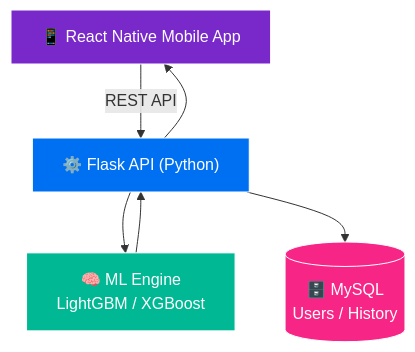
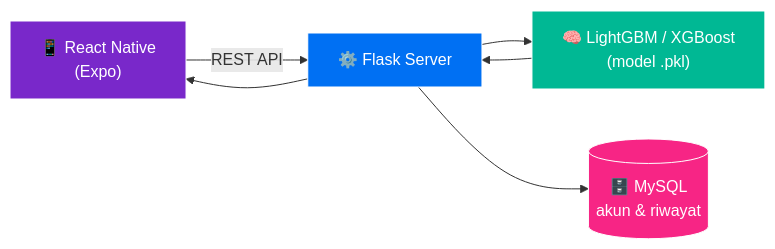
Before and after one commit to Benny29281/Benny29281: the first of 2 diagrams in README.md, drawn with Mermaid. The commit also changed other lines of this file, not shown here.

````diff
--- a/README.md
+++ b/README.md
@@ -197,12 +192,11 @@
 ```mermaid
-flowchart TD
-    A["📱 React Native Mobile App"] -->|REST API| B["⚙️ Flask API (Python)"]
-    B --> C["🧠 ML Engine<br/>LightGBM / XGBoost"]
-    B --> D[("🗄️ MySQL<br/>Users / History")]
-    C --> B
-    B --> A
+flowchart LR
+    A["📱 React Native<br/>(Expo)"] -->|REST API| B["⚙️ Flask Server"]
+    B --> C["🧠 LightGBM / XGBoost<br/>(model .pkl)"]
+    B --> D[("🗄️ MySQL<br/>akun & riwayat")]
+    C --> B --> A
     style A fill:#7928CA,stroke:#fff,color:#fff
     style B fill:#0070F3,stroke:#fff,color:#fff
     style C fill:#00B894,stroke:#fff,color:#fff
     style D fill:#F72585,stroke:#fff,color:#fff
 ```
````
